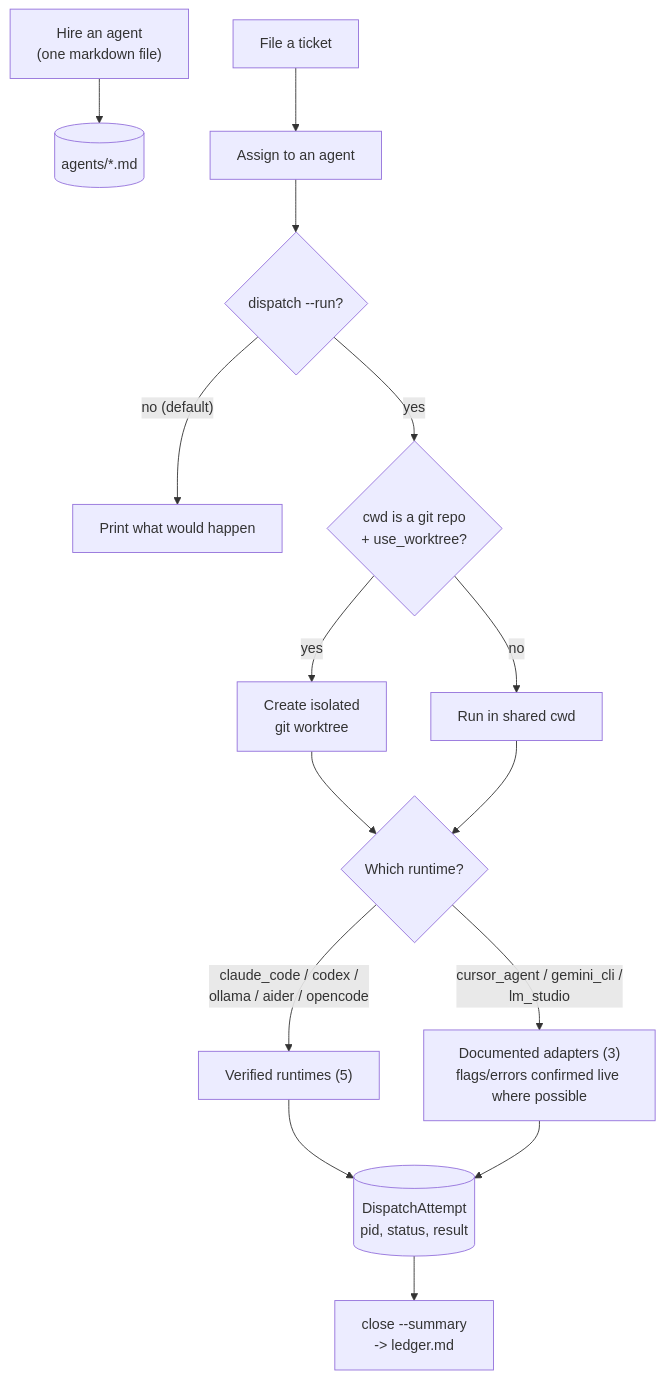
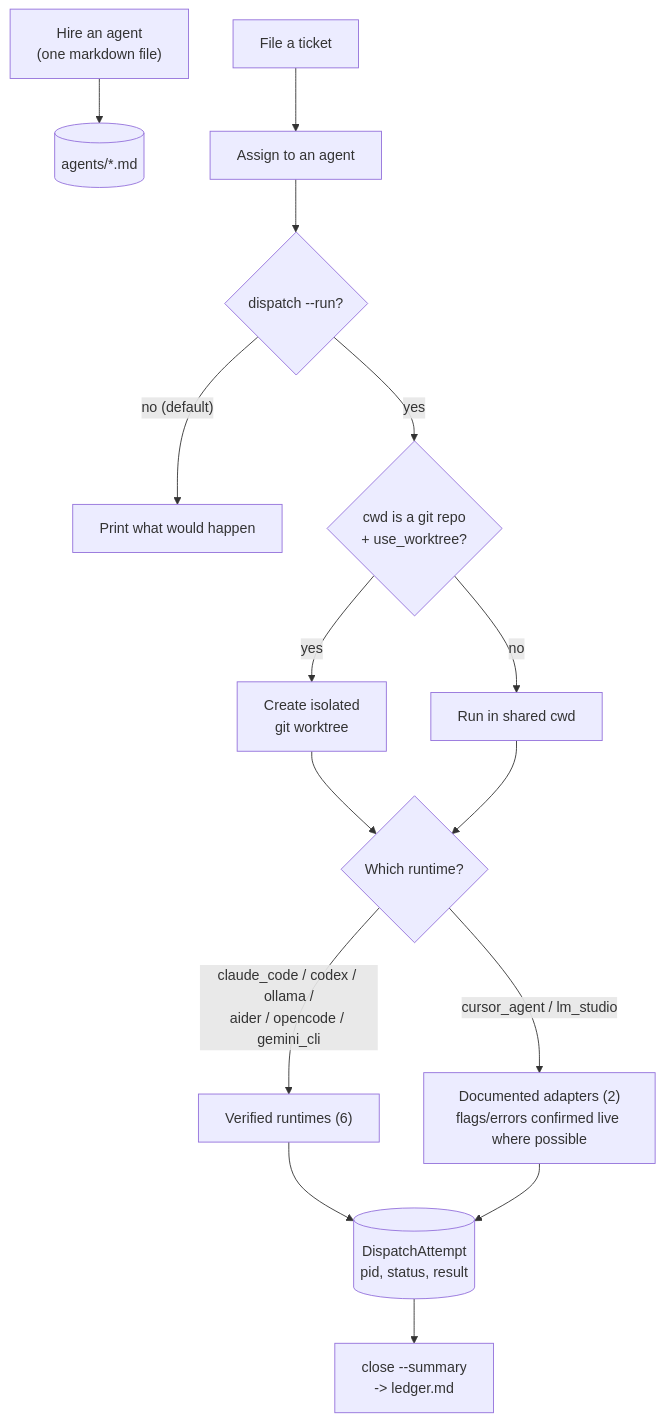
The diagram in README.md (PlainJane20/muster), drawn with Mermaid before and after one commit. The commit also changed other lines of this file and 9 other files, not shown here.

First line of the commit message:
Verify Gemini CLI live with a real API key -- 6 verified now, not 5

````diff
--- a/README.md
+++ b/README.md
@@ -105,17 +105,17 @@
 ```mermaid
 flowchart TD
     Hire["Hire an agent<br/>(one markdown file)"] --> Registry[(agents/*.md)]
     Ticket["File a ticket"] --> Assign["Assign to an agent"]
     Assign --> Dispatch{"dispatch --run?"}
     Dispatch -->|"no (default)"| Print["Print what would happen"]
     Dispatch -->|"yes"| WorktreeCheck{"cwd is a git repo<br/>+ use_worktree?"}
     WorktreeCheck -->|yes| Worktree["Create isolated<br/>git worktree"]
     WorktreeCheck -->|no| Shared["Run in shared cwd"]
     Worktree --> Runtime{"Which runtime?"}
     Shared --> Runtime
-    Runtime -->|"claude_code / codex /<br/>ollama / aider / opencode"| CC["Verified runtimes (5)"]
-    Runtime -->|"cursor_agent / gemini_cli /<br/>lm_studio"| Doc["Documented adapters (3)<br/>flags/errors confirmed live where possible"]
+    Runtime -->|"claude_code / codex / ollama /<br/>aider / opencode / gemini_cli"| CC["Verified runtimes (6)"]
+    Runtime -->|"cursor_agent / lm_studio"| Doc["Documented adapters (2)<br/>flags/errors confirmed live where possible"]
     CC --> Attempt[("DispatchAttempt<br/>pid, status, result")]
     Doc --> Attempt
     Attempt --> Ledger["close --summary<br/>-> ledger.md"]
 ```
````
